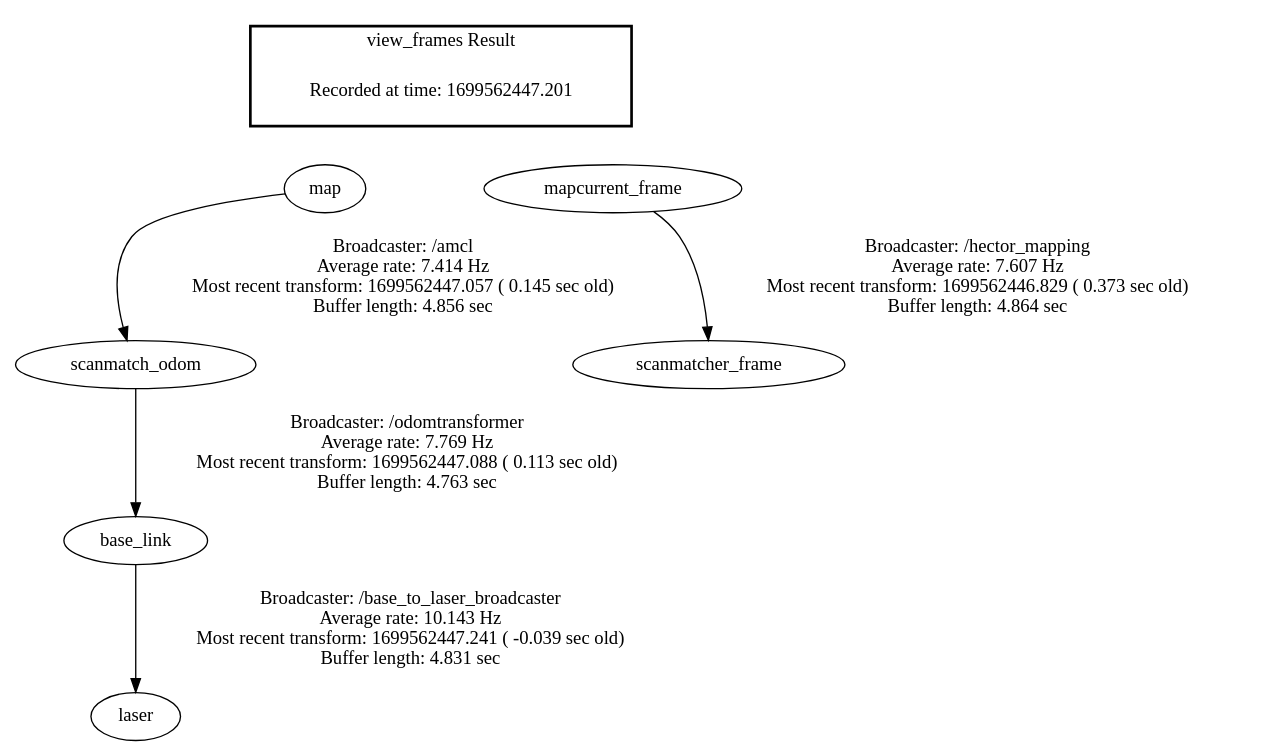
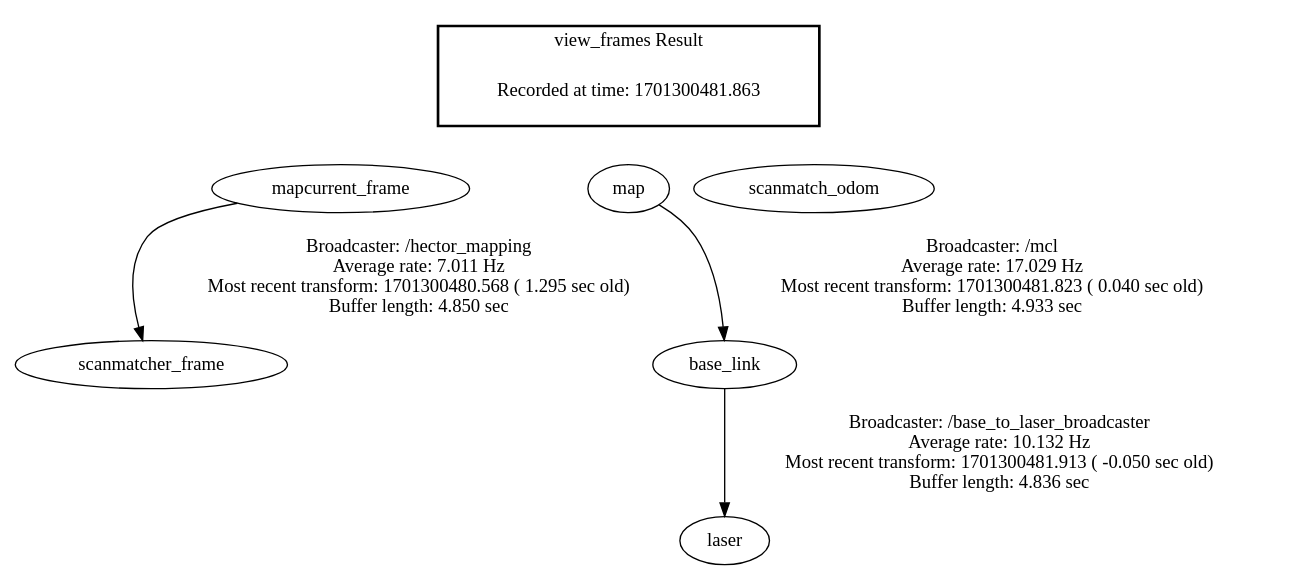
The diagram in frames.gv (jeremyflotildes/capstone_ws), drawn with Graphviz before and after one commit. The commit also changed 7749 other files, not shown here.

```diff
--- a/frames.gv
+++ b/frames.gv
@@ -1,14 +1,17 @@
 digraph G {
-"map" -> "scanmatch_odom"[label="Broadcaster: /amcl\nAverage rate: 7.414 Hz\nMost recent transform: 1699562447.057 ( 0.145 sec old)\nBuffer length: 4.856 sec\n"];
-"base_link" -> "laser"[label="Broadcaster: /base_to_laser_broadcaster\nAverage rate: 10.143 Hz\nMost recent transform: 1699562447.241 ( -0.039 sec old)\nBuffer length: 4.831 sec\n"];
-"scanmatch_odom" -> "base_link"[label="Broadcaster: /odomtransformer\nAverage rate: 7.769 Hz\nMost recent transform: 1699562447.088 ( 0.113 sec old)\nBuffer length: 4.763 sec\n"];
-"mapcurrent_frame" -> "scanmatcher_frame"[label="Broadcaster: /hector_mapping\nAverage rate: 7.607 Hz\nMost recent transform: 1699562446.829 ( 0.373 sec old)\nBuffer length: 4.864 sec\n"];
+"mapcurrent_frame" -> "scanmatcher_frame"[label="Broadcaster: /hector_mapping\nAverage rate: 7.011 Hz\nMost recent transform: 1701300480.568 ( 1.295 sec old)\nBuffer length: 4.850 sec\n"];
+"map" -> "base_link"[label="Broadcaster: /mcl\nAverage rate: 17.029 Hz\nMost recent transform: 1701300481.823 ( 0.040 sec old)\nBuffer length: 4.933 sec\n"];
+"base_link" -> "laser"[label="Broadcaster: /base_to_laser_broadcaster\nAverage rate: 10.132 Hz\nMost recent transform: 1701300481.913 ( -0.050 sec old)\nBuffer length: 4.836 sec\n"];
 edge [style=invis];
  subgraph cluster_legend { style=bold; color=black; label ="view_frames Result";
-"Recorded at time: 1699562447.201"[ shape=plaintext ] ;
- }->"map";
+"Recorded at time: 1701300481.863"[ shape=plaintext ] ;
+ }->"mapcurrent_frame";
 edge [style=invis];
  subgraph cluster_legend { style=bold; color=black; label ="view_frames Result";
-"Recorded at time: 1699562447.201"[ shape=plaintext ] ;
- }->"mapcurrent_frame";
+"Recorded at time: 1701300481.863"[ shape=plaintext ] ;
+ }->"scanmatch_odom";
+edge [style=invis];
+ subgraph cluster_legend { style=bold; color=black; label ="view_frames Result";
+"Recorded at time: 1701300481.863"[ shape=plaintext ] ;
+ }->"map";
 }
```
